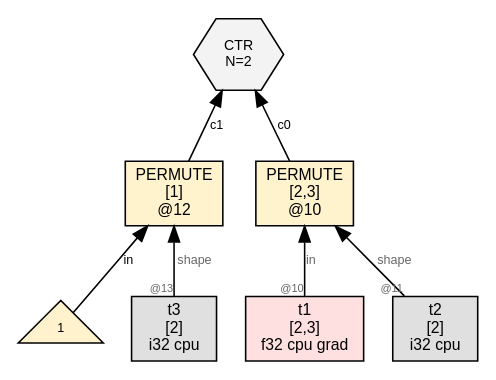
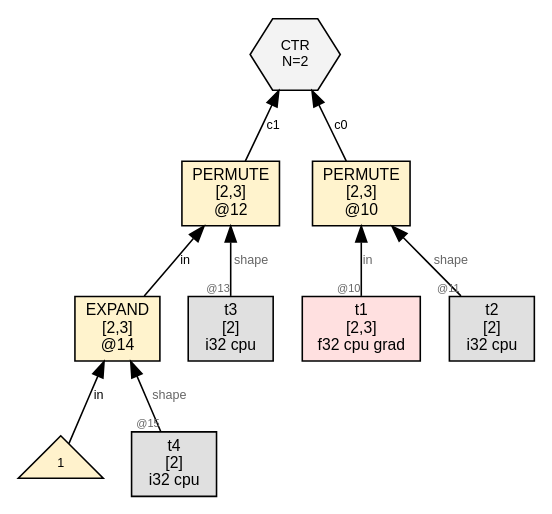
The diagram in wl/examples/thvm_graphs/grad_rules/permute/thvm_2_post_sweep.dot (sw1sh/TinyHVM), drawn with Graphviz before and after one commit. The commit also changed 2087 other files, not shown here.

First line of the commit message:
grad: TEN matcher emits EXPAND(NUM, shape) for Jacobian leaves

```diff
--- a/wl/examples/thvm_graphs/grad_rules/permute/thvm_2_post_sweep.dot
+++ b/wl/examples/thvm_graphs/grad_rules/permute/thvm_2_post_sweep.dot
@@ -1,19 +1,23 @@
 digraph G {
   rankdir=BT;
   node [fontname="Helvetica", fontsize=10, style=filled, shape=box, margin="0.1,0.05"];
   edge [fontsize=8, fontname="Helvetica"];
 
   n10 [label="PERMUTE\n[2,3]\n@10", shape=box, fillcolor="#fff3cd"];
   t1 [label="t1\n[2,3]\nf32 cpu grad",shape=box,fillcolor="#ffe0e0"];
   t1 -> n10 [label="in",taillabel="@10",labelfontsize=7,fontcolor="#666666"];
   t2 [label="t2\n[2]\ni32 cpu",shape=box,fillcolor="#e0e0e0"];
   t2 -> n10 [label="shape",taillabel="@11",labelfontsize=7,fontcolor="#666666"];
-  n12 [label="PERMUTE\n[1]\n@12", shape=box, fillcolor="#fff3cd"];
-  num12_0 [label="1",shape=triangle,fillcolor="#fff2cc",fontsize=8];
-  num12_0 -> n12 [label="in"];
+  n12 [label="PERMUTE\n[2,3]\n@12", shape=box, fillcolor="#fff3cd"];
+  n14 -> n12 [label="in"];
   t3 [label="t3\n[2]\ni32 cpu",shape=box,fillcolor="#e0e0e0"];
   t3 -> n12 [label="shape",taillabel="@13",labelfontsize=7,fontcolor="#666666"];
   ctr6 [label="CTR\nN=2", shape=hexagon, fillcolor="#f3f3f3", fontsize=9];
   n10 -> ctr6 [label="c0"];
   n12 -> ctr6 [label="c1"];
+  n14 [label="EXPAND\n[2,3]\n@14", shape=box, fillcolor="#fff3cd"];
+  num14_0 [label="1",shape=triangle,fillcolor="#fff2cc",fontsize=8];
+  num14_0 -> n14 [label="in"];
+  t4 [label="t4\n[2]\ni32 cpu",shape=box,fillcolor="#e0e0e0"];
+  t4 -> n14 [label="shape",taillabel="@15",labelfontsize=7,fontcolor="#666666"];
 }
```
